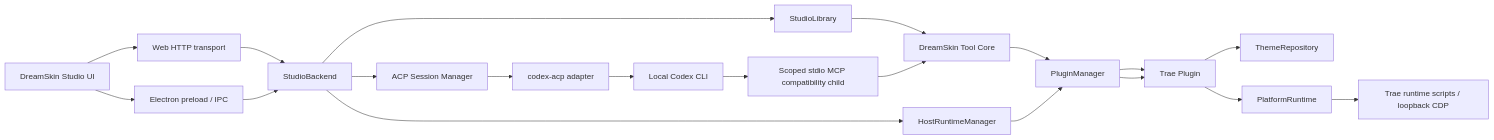
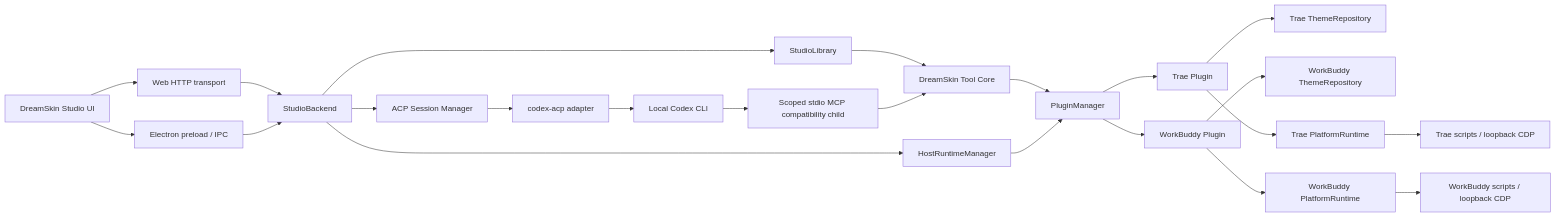
The first of 3 diagrams in docs/architecture.md (l77948032-cyber/Agent-Dream-Skin), drawn with Mermaid before and after one commit. The commit also changed other lines of this file and 66 other files, not shown here.

Commit message:
feat: add WorkBuddy theming to DreamSkin Studio

````diff
--- a/docs/architecture.md
+++ b/docs/architecture.md
@@ -21,27 +21,35 @@
 ```mermaid
 flowchart LR
   UI["DreamSkin Studio UI"]
   WEB["Web HTTP transport"]
   DESKTOP["Electron preload / IPC"]
   BACKEND["StudioBackend"]
   LIBRARY["StudioLibrary"]
   TOOL["DreamSkin Tool Core"]
   PM["PluginManager"]
   TRAE["Trae Plugin"]
-  REPO["ThemeRepository"]
+  WB["WorkBuddy Plugin"]
+  TRAE_REPO["Trae ThemeRepository"]
+  WB_REPO["WorkBuddy ThemeRepository"]
   HOST["HostRuntimeManager"]
-  PLATFORM["PlatformRuntime"]
-  CDP["Trae runtime scripts / loopback CDP"]
+  TRAE_PLATFORM["Trae PlatformRuntime"]
+  WB_PLATFORM["WorkBuddy PlatformRuntime"]
+  TRAE_CDP["Trae scripts / loopback CDP"]
+  WB_CDP["WorkBuddy scripts / loopback CDP"]
   ACP["ACP Session Manager"]
   ADAPTER["codex-acp adapter"]
   CLI["Local Codex CLI"]
   MCP["Scoped stdio MCP compatibility child"]
 
   UI --> WEB --> BACKEND
   UI --> DESKTOP --> BACKEND
   BACKEND --> LIBRARY
-  LIBRARY --> TOOL --> PM --> TRAE --> REPO
-  BACKEND --> HOST --> PM --> TRAE --> PLATFORM --> CDP
+  LIBRARY --> TOOL --> PM
+  PM --> TRAE --> TRAE_REPO
+  PM --> WB --> WB_REPO
+  BACKEND --> HOST --> PM
+  TRAE --> TRAE_PLATFORM --> TRAE_CDP
+  WB --> WB_PLATFORM --> WB_CDP
   BACKEND --> ACP --> ADAPTER --> CLI
   CLI --> MCP --> TOOL
 ```
````
